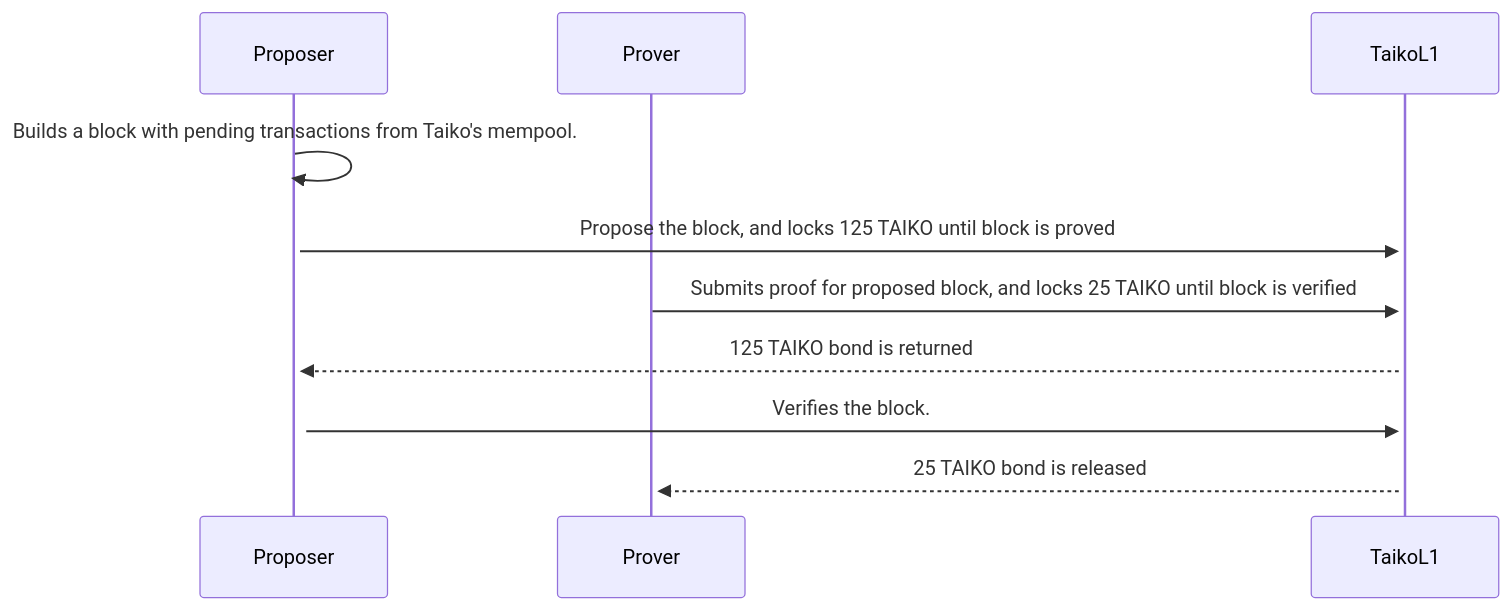
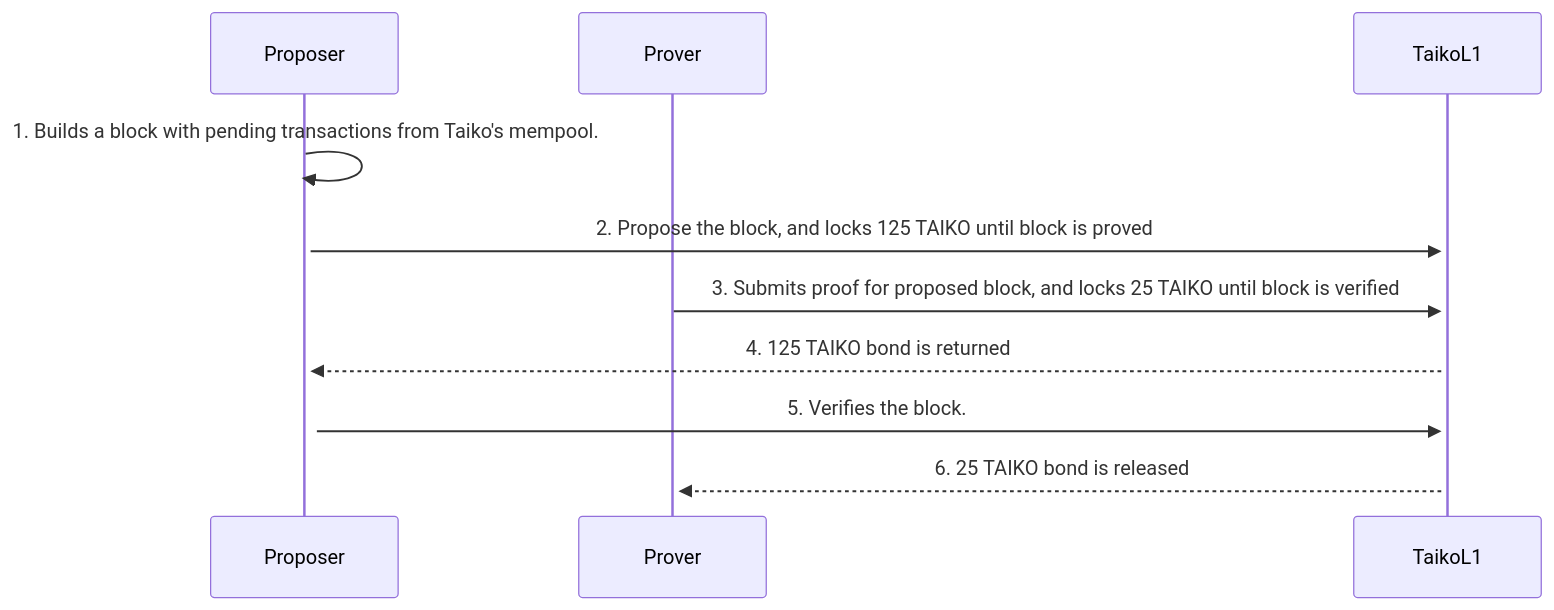
One commit to fahimahmedx/taiko-block-building changed the diagram in high-level.MD. Above: the diagram before and after it, drawn with Mermaid.

Commit message:
add sequence numbers

````diff
--- a/high-level.MD
+++ b/high-level.MD
@@ -1,14 +1,14 @@
 ```mermaid
 sequenceDiagram
 participant Proposer
 participant Prover
 participant TaikoL1
 
 
-Proposer->>+Proposer: Builds a block with pending transactions from Taiko's mempool.
-Proposer->>+TaikoL1: Propose the block, and locks 125 TAIKO until block is proved
-Prover->>+TaikoL1: Submits proof for proposed block, and locks 25 TAIKO until block is verified
-TaikoL1-->>+Proposer: 125 TAIKO bond is returned
-Proposer->>+TaikoL1: Verifies the block.
-TaikoL1-->>+Prover: 25 TAIKO bond is released
+Proposer->>+Proposer: 1. Builds a block with pending transactions from Taiko's mempool.
+Proposer->>+TaikoL1: 2. Propose the block, and locks 125 TAIKO until block is proved
+Prover->>+TaikoL1: 3. Submits proof for proposed block, and locks 25 TAIKO until block is verified
+TaikoL1-->>+Proposer: 4. 125 TAIKO bond is returned
+Proposer->>+TaikoL1: 5. Verifies the block.
+TaikoL1-->>+Prover: 6. 25 TAIKO bond is released
 ```
````
